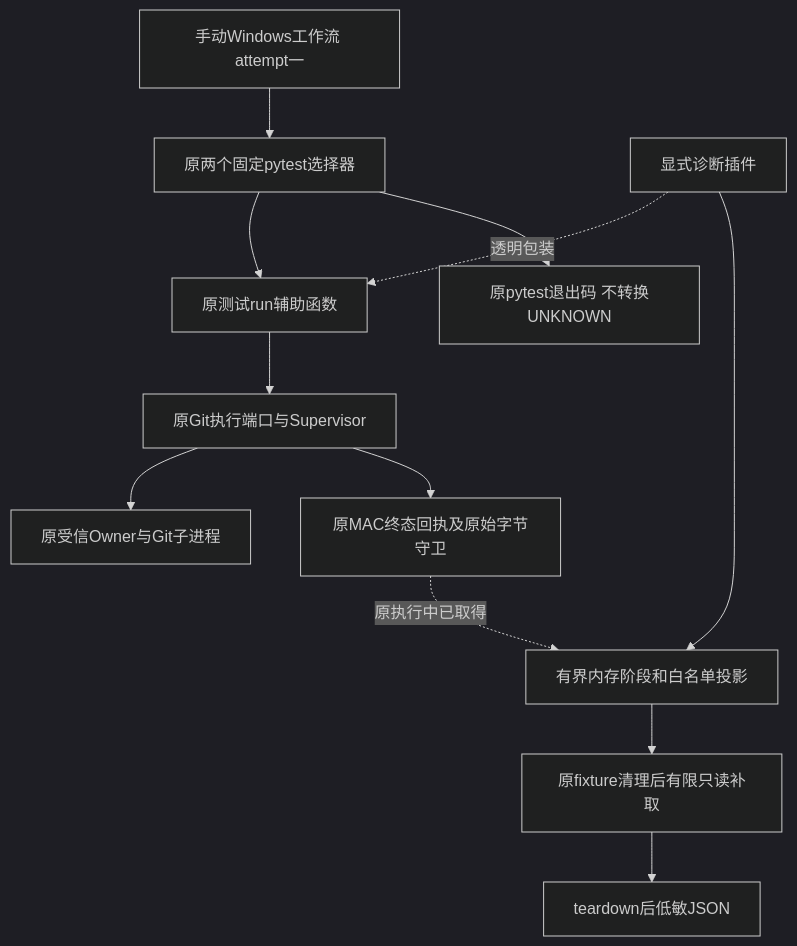
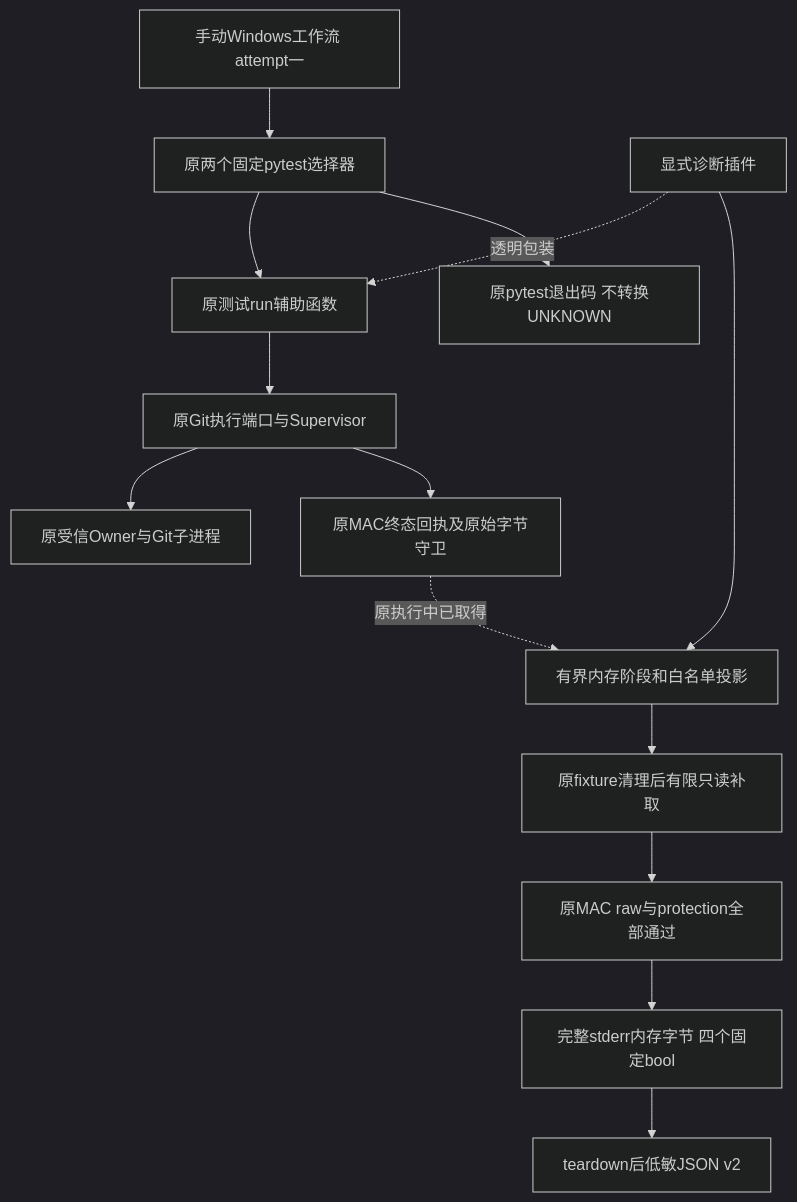
The first of 4 diagrams in docs/changes/m09-r4-windows-minimum-commit-probe.md (carrie1988/Harnessix), drawn with Mermaid (dark theme) before and after one commit. The commit also changed other lines of this file and 17 other files, not shown here.

````diff
--- a/docs/changes/m09-r4-windows-minimum-commit-probe.md
+++ b/docs/changes/m09-r4-windows-minimum-commit-probe.md
@@ -34,14 +34,16 @@
 ```mermaid
 flowchart TB
   Manual[手动Windows工作流 attempt一] --> Cases[原两个固定pytest选择器]
   Cases --> Helper[原测试run辅助函数]
   Probe[显式诊断插件] -. 透明包装 .-> Helper
   Helper --> Port[原Git执行端口与Supervisor]
   Port --> Owner[原受信Owner与Git子进程]
   Port --> Receipt[原MAC终态回执及原始字节守卫]
   Probe --> Memory[有界内存阶段和白名单投影]
   Receipt -. 原执行中已取得 .-> Memory
   Memory --> After[原fixture清理后有限只读补取]
-  After --> Log[teardown后低敏JSON]
+  After --> Guard[原MAC raw与protection全部通过]
+  Guard --> Signals[完整stderr内存字节 四个固定bool]
+  Signals --> Log[teardown后低敏JSON v2]
   Cases --> Outcome[原pytest退出码 不转换UNKNOWN]
 ```
````
